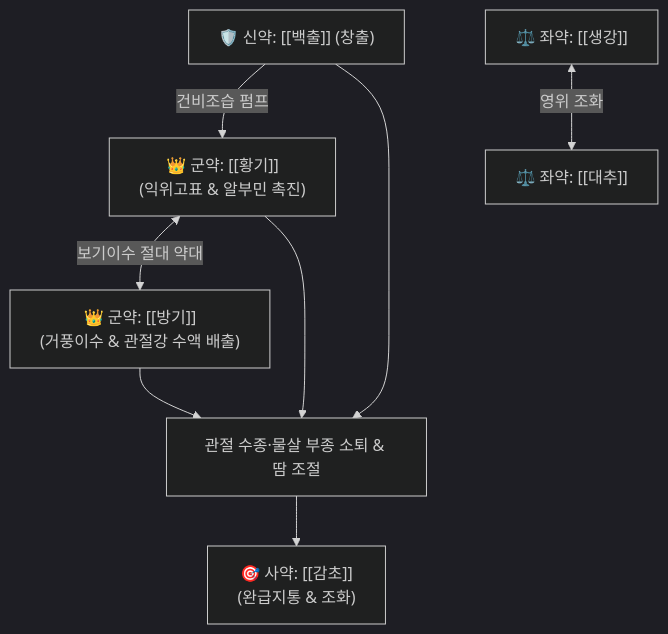
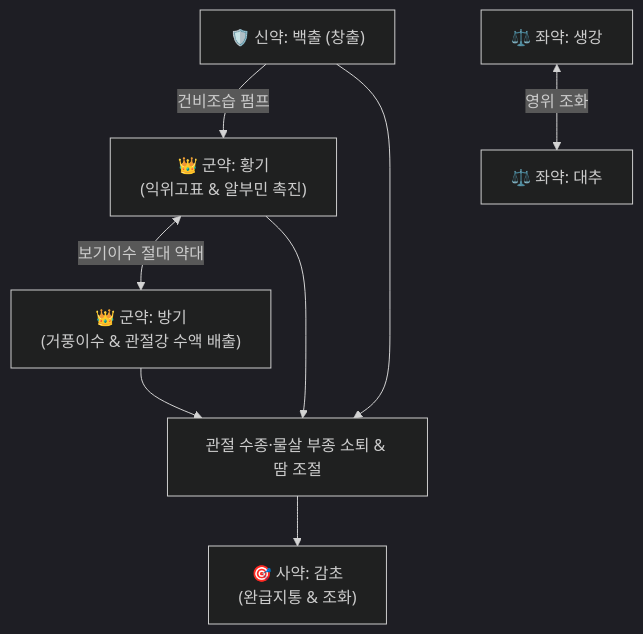
One commit to simbio11/simbio-digital-garden2 changed the diagram in content/2. 약리 공부/처방/03_화담·거습·이수제/방기황기탕.md. Above: the diagram before and after it, drawn with Mermaid (dark theme). The commit also changed other lines of this file and 323 other files, not shown here.

````diff
--- a/content/2. 약리 공부/처방/03_화담·거습·이수제/방기황기탕.md
+++ b/content/2. 약리 공부/처방/03_화담·거습·이수제/방기황기탕.md
@@ -55,8 +55,8 @@
 ```mermaid
 graph TD
-    HQ["👑 군약: [[황기]]<br>(익위고표 & 알부민 촉진)"] <-->|보기이수 절대 약대| BG["👑 군약: [[방기]]<br>(거풍이수 & 관절강 수액 배출)"]
-    BC["🛡️ 신약: [[백출]] (창출)"] -->|건비조습 펌프| HQ
-    SG["⚖️ 좌약: [[생강]]"] <-->|영위 조화| DC["⚖️ 좌약: [[대추]]"]
+    HQ["👑 군약: 황기<br>(익위고표 & 알부민 촉진)"] <-->|보기이수 절대 약대| BG["👑 군약: 방기<br>(거풍이수 & 관절강 수액 배출)"]
+    BC["🛡️ 신약: 백출 (창출)"] -->|건비조습 펌프| HQ
+    SG["⚖️ 좌약: 생강"] <-->|영위 조화| DC["⚖️ 좌약: 대추"]
     HQ & BG & BC --> X["관절 수종·물살 부종 소퇴 & 땀 조절"]
-    X --> GC["🎯 사약: [[감초]]<br>(완급지통 & 조화)"]
+    X --> GC["🎯 사약: 감초<br>(완급지통 & 조화)"]
 ```
````
